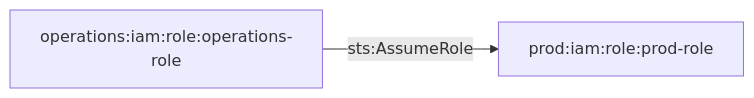
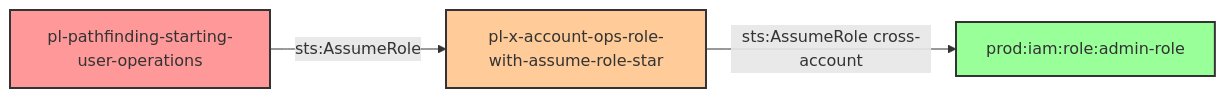
One commit to DataDog/pathfinding-labs changed the diagram in modules/scenarios/cross-account/ops-to-prod/one-hop/simple-role-assumption/README.md. Above: the diagram before and after it, drawn with Mermaid. The commit also changed other lines of this file and 109 other files, not shown here.

````diff
--- a/modules/scenarios/cross-account/ops-to-prod/one-hop/simple-role-assumption/README.md
+++ b/modules/scenarios/cross-account/ops-to-prod/one-hop/simple-role-assumption/README.md
@@ -14,9 +40,16 @@
 ```mermaid
 graph LR
     %% Nodes
-    OpsRole[operations:iam:role:operations-role]
-    ProdRole[prod:iam:role:prod-role]
+    StartUser["pl-pathfinding-starting-user-operations"]
+    OpsRole["pl-x-account-ops-role-with-assume-role-star"]
+    ProdRole["prod:iam:role:admin-role"]
 
     %% Edges
-    OpsRole -->|sts:AssumeRole| ProdRole
+    StartUser -->|sts:AssumeRole| OpsRole
+    OpsRole -->|sts:AssumeRole cross-account| ProdRole
+
+    %% Styles
+    style StartUser fill:#ff9999,stroke:#333,stroke-width:2px
+    style OpsRole fill:#ffcc99,stroke:#333,stroke-width:2px
+    style ProdRole fill:#99ff99,stroke:#333,stroke-width:2px
 ```
````
